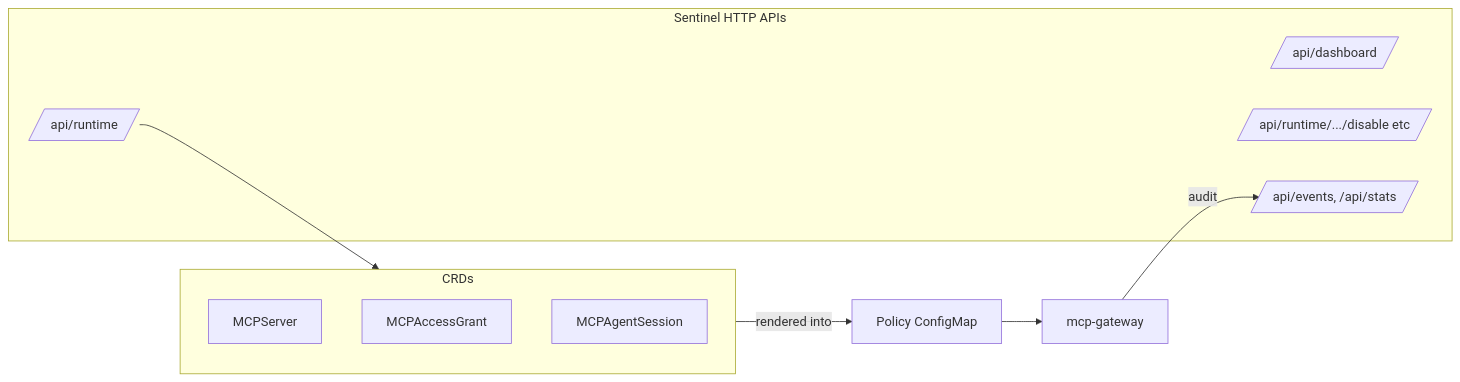
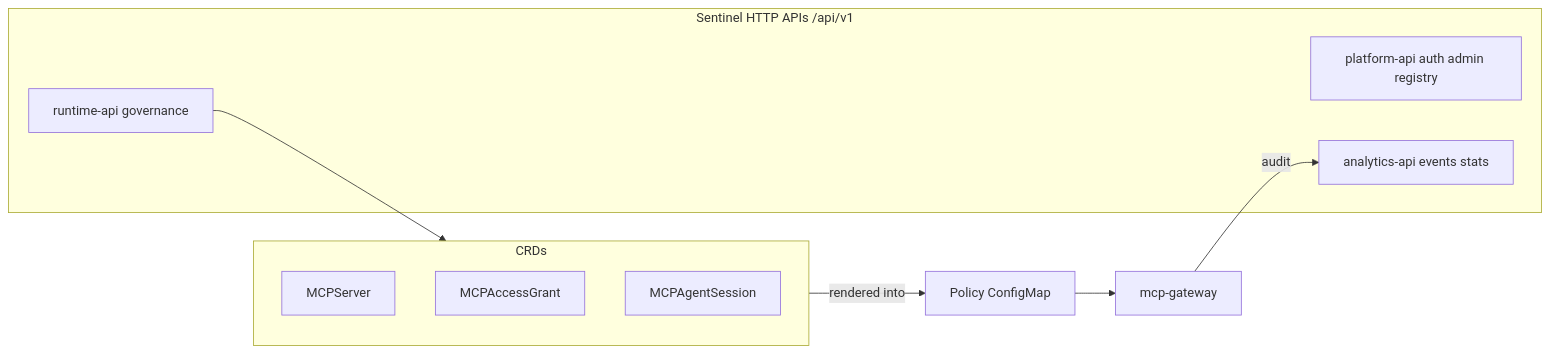
Before and after one commit to Agent-Hellboy/mcp-runtime: the first of 2 diagrams in docs/api.md, drawn with Mermaid. The commit also changed other lines of this file and 351 other files, not shown here.

First line of the commit message:
feat(sentinel): split mcp-sentinel-api into platform, runtime, and analytics services (#324)

````diff
--- a/docs/api.md
+++ b/docs/api.md
@@ -9,18 +23,17 @@
 ```mermaid
 flowchart LR
     subgraph CRDs
         Server[MCPServer]
         Grant[MCPAccessGrant]
         Session[MCPAgentSession]
     end
-    subgraph HTTP["Sentinel HTTP APIs"]
-        Dash[/api/dashboard/]
-        Run[/api/runtime/]
-        Act[/api/runtime/.../disable etc/]
-        Ana[/api/events, /api/stats/]
+    subgraph HTTP["Sentinel HTTP APIs /api/v1"]
+        Plat[platform-api auth admin registry]
+        Run[runtime-api governance]
+        Ana[analytics-api events stats]
     end
     CRDs -- rendered into --> Policy[Policy ConfigMap]
     Policy --> Gateway[mcp-gateway]
     Gateway -->|audit| Ana
     Run --> CRDs
 ```
````
